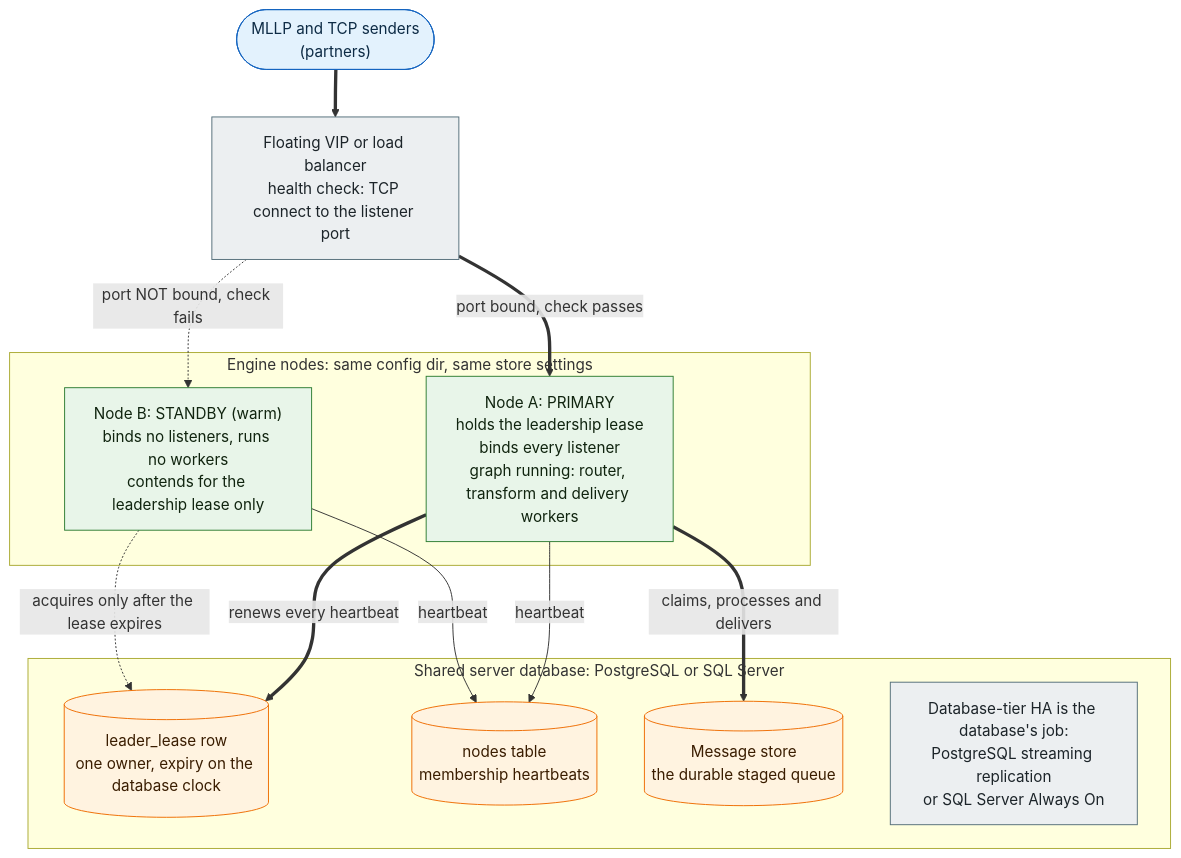
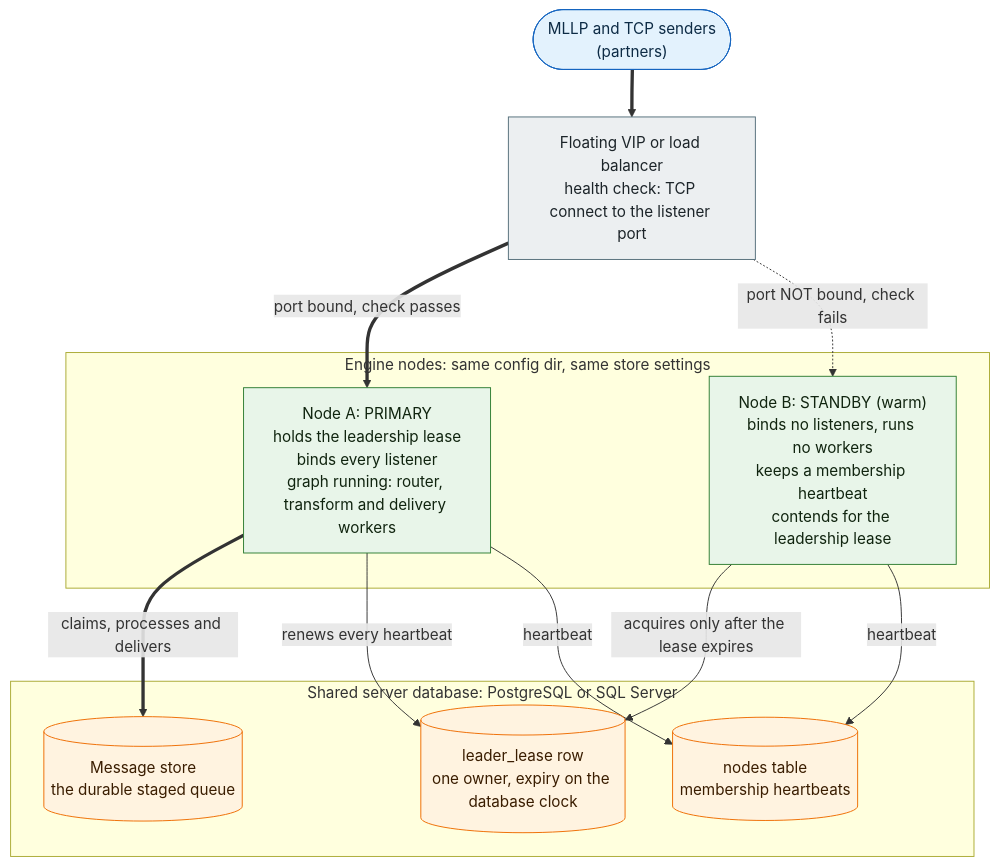
The diagram in docs/CLUSTERING.md (MEFORORG/MessageFoundry), drawn with Mermaid before and after one commit. The commit also changed other lines of this file and 2 other files, not shown here.

First line of the commit message:
docs: apply code-review round 1 to the HA and engine shard diagrams

````diff
--- a/docs/CLUSTERING.md
+++ b/docs/CLUSTERING.md
@@ -290,31 +290,30 @@
 ```mermaid
 flowchart TB
   classDef io fill:#e3f2fd,stroke:#1565c0,color:#0d2b45;
   classDef ext fill:#eceff1,stroke:#546e7a,color:#1c2429;
   classDef core fill:#e8f5e9,stroke:#2e7d32,color:#10240f;
   classDef store fill:#fff3e0,stroke:#ef6c00,color:#3a1d00;
 
   PARTNERS(["MLLP and TCP senders<br/>(partners)"]):::io
   VIP["Floating VIP or load balancer<br/>health check: TCP connect to the listener port"]:::ext
 
   subgraph NODES["Engine nodes: same config dir, same store settings"]
     NODE_A["Node A: PRIMARY<br/>holds the leadership lease<br/>binds every listener<br/>graph running: router, transform and delivery workers"]:::core
-    NODE_B["Node B: STANDBY (warm)<br/>binds no listeners, runs no workers<br/>contends for the leadership lease only"]:::core
+    NODE_B["Node B: STANDBY (warm)<br/>binds no listeners, runs no workers<br/>keeps a membership heartbeat<br/>contends for the leadership lease"]:::core
   end
 
   subgraph SHARED_DB["Shared server database: PostgreSQL or SQL Server"]
     LEASE_ROW[("leader_lease row<br/>one owner, expiry on the database clock")]:::store
     NODES_TABLE[("nodes table<br/>membership heartbeats")]:::store
     MSG_STORE[("Message store<br/>the durable staged queue")]:::store
-    DB_HA["Database-tier HA is the database's job:<br/>PostgreSQL streaming replication<br/>or SQL Server Always On"]:::ext
   end
 
   PARTNERS ==> VIP
   VIP ==>|"port bound, check passes"| NODE_A
   VIP -.->|"port NOT bound, check fails"| NODE_B
-  NODE_A ==>|"renews every heartbeat"| LEASE_ROW
-  NODE_B -.->|"acquires only after the lease expires"| LEASE_ROW
   NODE_A ==>|"claims, processes and delivers"| MSG_STORE
+  NODE_A -->|"renews every heartbeat"| LEASE_ROW
+  NODE_B -->|"acquires only after the lease expires"| LEASE_ROW
   NODE_A -->|"heartbeat"| NODES_TABLE
   NODE_B -->|"heartbeat"| NODES_TABLE
 ```
````
